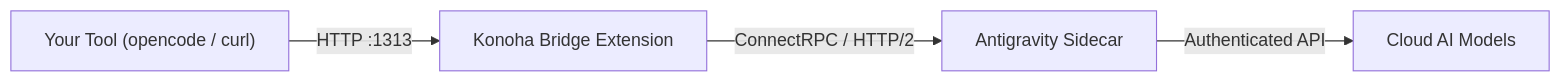
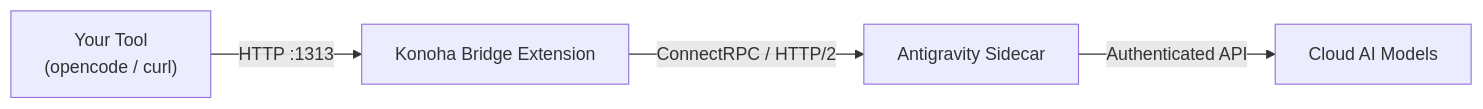
Before and after one commit to andycungkrinx91/konoha-bridge: the diagram in README.md, drawn with Mermaid. The commit also changed other lines of this file and 14 other files, not shown here.

````diff
--- a/README.md
+++ b/README.md
@@ -36,6 +36,6 @@
 ```mermaid
-graph LR
-    A["Your Tool (opencode / curl)"] -->|HTTP :1313| B["Konoha Bridge Extension"]
-    B -->|ConnectRPC / HTTP/2| C["Antigravity Sidecar"]
-    C -->|Authenticated API| D["Cloud AI Models"]
+flowchart LR
+    A["Your Tool<br/>(opencode / curl)"] -->|"HTTP :1313"| B["Konoha Bridge Extension"]
+    B -->|"ConnectRPC / HTTP/2"| C["Antigravity Sidecar"]
+    C -->|"Authenticated API"| D["Cloud AI Models"]
 ```
````
